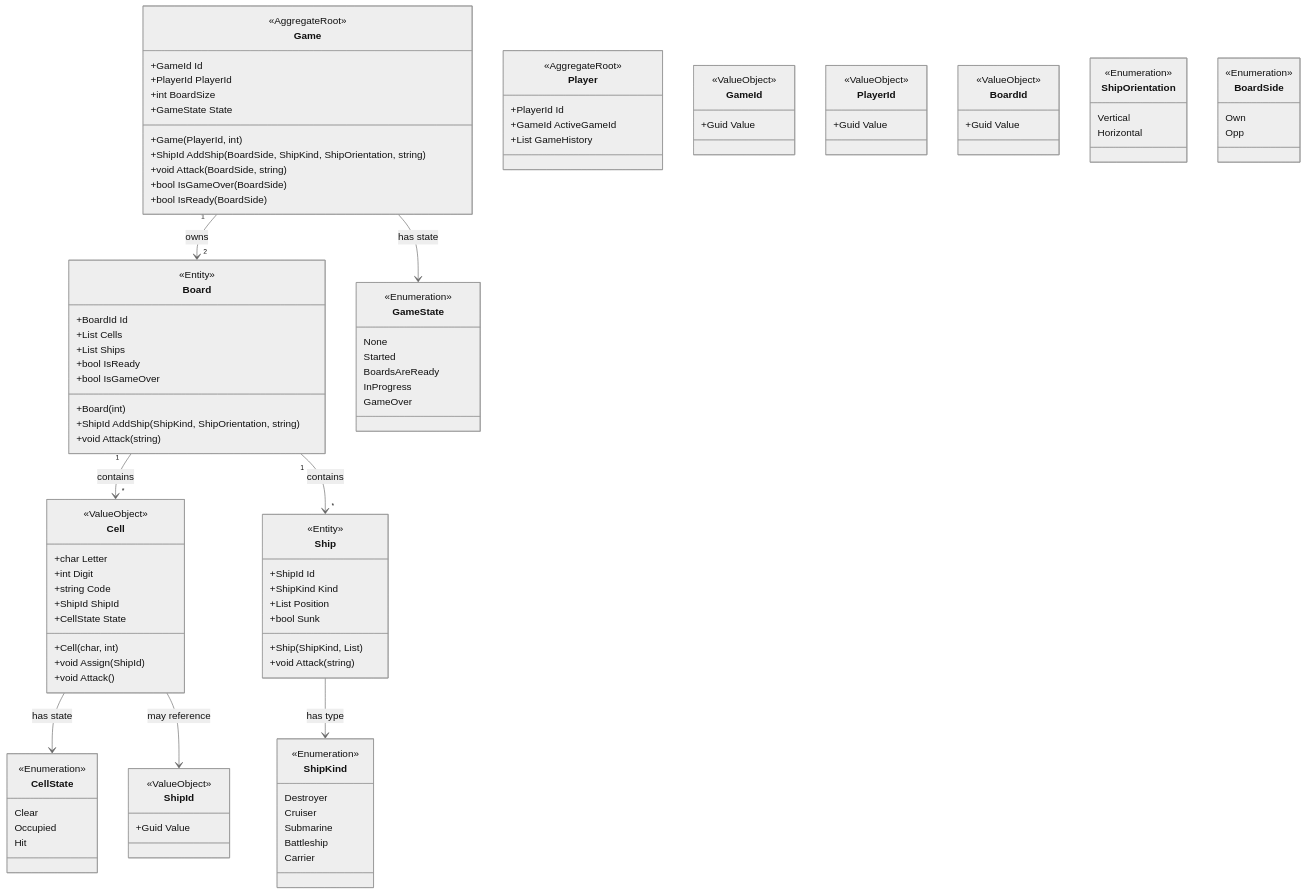
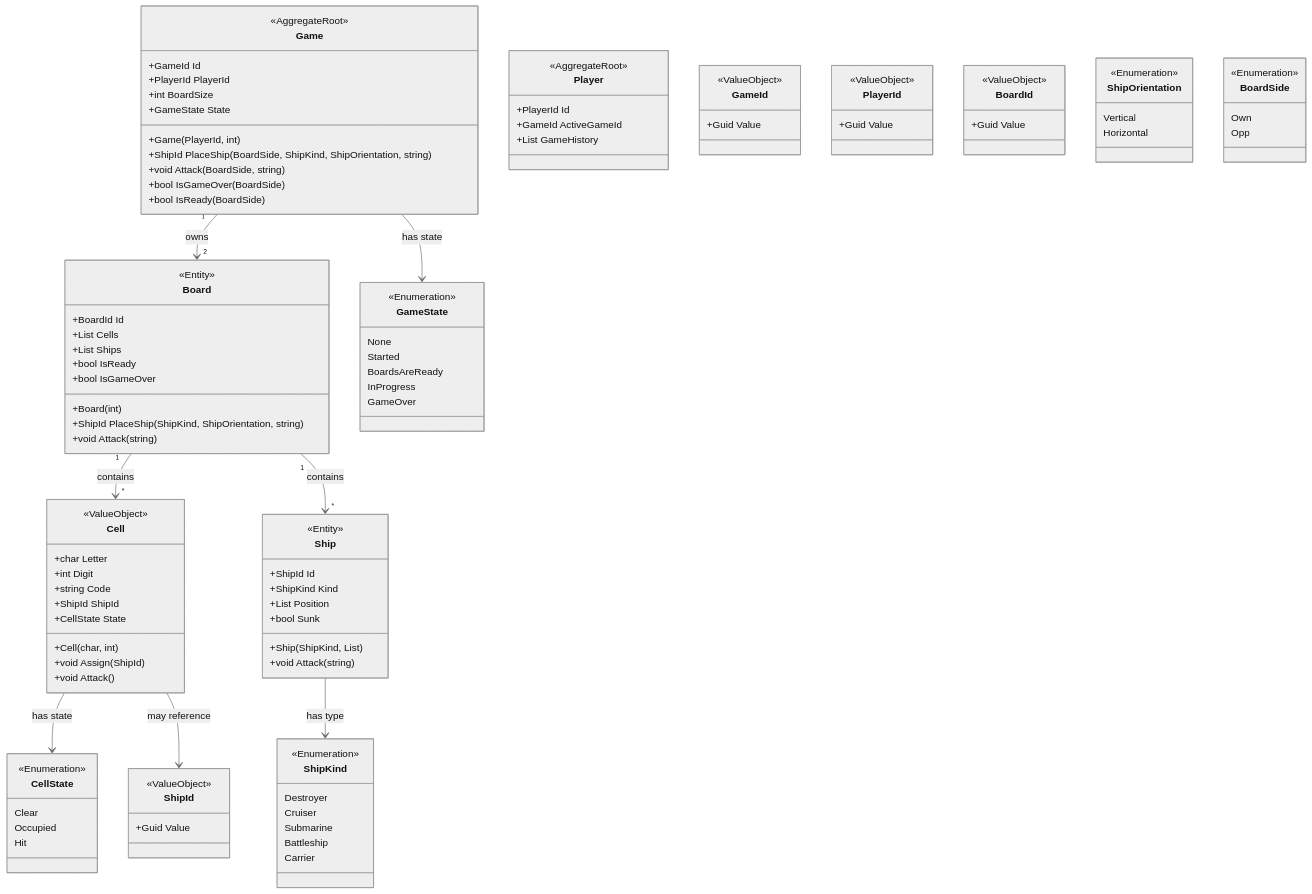
Before and after one commit to wahidshalaly/battleship-game: the first of 3 diagrams in docs/design.md, drawn with Mermaid (neutral theme). The commit also changed other lines of this file and 38 other files, not shown here.

```diff
--- a/docs/design.md
+++ b/docs/design.md
@@ -24,7 +24,7 @@
         +int BoardSize
         +GameState State
         +Game(PlayerId, int)
-        +ShipId AddShip(BoardSide, ShipKind, ShipOrientation, string)
+        +ShipId PlaceShip(BoardSide, ShipKind, ShipOrientation, string)
         +void Attack(BoardSide, string)
         +bool IsGameOver(BoardSide)
         +bool IsReady(BoardSide)
@@ -45,7 +45,7 @@
         +bool IsReady
         +bool IsGameOver
         +Board(int)
-        +ShipId AddShip(ShipKind, ShipOrientation, string)
+        +ShipId PlaceShip(ShipKind, ShipOrientation, string)
         +void Attack(string)
     }
 
```
